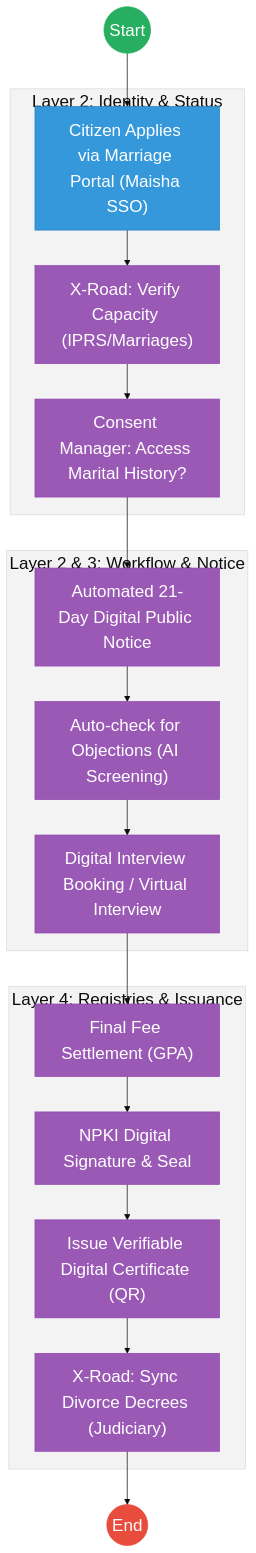
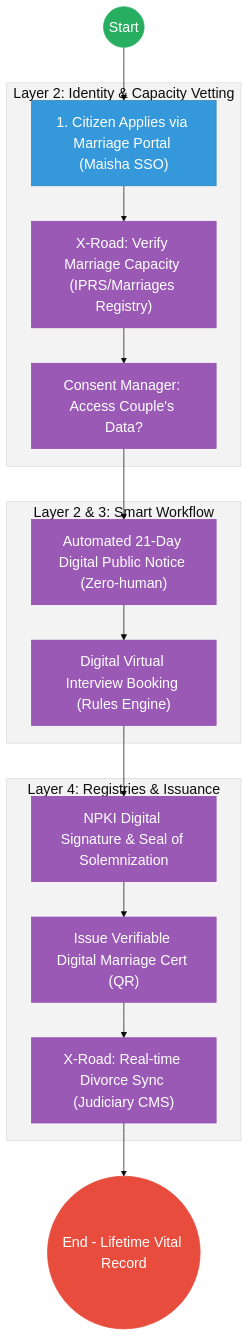
One commit to BITZ-IT-Consulting-LTD/ictapoc changed the second of 2 diagrams in mdas/docs_final/priority_mdas/OFFICE_OF_THE_ATTORNEY_GENERAL_AG___Service_Delivery.md. Above: the diagram before and after it, drawn with Mermaid. The commit also changed other lines of this file and 37 other files, not shown here.

````diff
--- a/mdas/docs_final/priority_mdas/OFFICE_OF_THE_ATTORNEY_GENERAL_AG___Service_Delivery.md
+++ b/mdas/docs_final/priority_mdas/OFFICE_OF_THE_ATTORNEY_GENERAL_AG___Service_Delivery.md
@@ -129,35 +111,33 @@
 ```mermaid
-%%{init: { 'theme': 'base', 'themeVariables': { 'fontSize': '24px', 'fontFamily': 'Inter, system-ui, sans-serif', 'primaryColor': '#ffffff', 'edgeLabelBackground':'#ffffff', 'tertiaryColor': '#f3f3f3', 'mainBkg': '#ffffff', 'nodeBorder': '#333333' } } }%%
+%%{init: { 'theme': 'base', 'themeVariables': { 'fontSize': '20px', 'fontFamily': 'Inter, system-ui, sans-serif', 'primaryColor': '#ffffff', 'edgeLabelBackground':'#ffffff', 'tertiaryColor': '#f3f3f3', 'mainBkg': '#ffffff', 'nodeBorder': '#333333' } } }%%
 flowchart TD
-    Start((Start)) --> Portal["Citizen Applies via Marriage Portal (Maisha SSO)"]
+    Start((Start)) --> Portal["1. Citizen Applies via Marriage Portal (Maisha SSO)"]
     
-    subgraph Trust_Hub["Layer 2: Identity & Status"]
-        Portal --> Verify["X-Road: Verify Capacity (IPRS/Marriages)"]
-        Verify --> Consent["Consent Manager: Access Marital History?"]
+    subgraph Trust_Hub["Layer 2: Identity & Capacity Vetting"]
+        Portal --> Verify["X-Road: Verify Marriage Capacity (IPRS/Marriages Registry)"]
+        Verify --> Consent["Consent Manager: Access Couple's Data?"]
     end
-    
-    subgraph Operations["Layer 2 & 3: Workflow & Notice"]
-        Consent --> AutoNotice["Automated 21-Day Digital Public Notice"]
-        AutoNotice --> ObjCheck["Auto-check for Objections (AI Screening)"]
-        ObjCheck --> SmartBook["Digital Interview Booking / Virtual Interview"]
+
+    subgraph Operations["Layer 2 & 3: Smart Workflow"]
+        Consent --> AutoNotice["Automated 21-Day Digital Public Notice (Zero-human)"]
+        AutoNotice --> SmartBook["Digital Virtual Interview Booking (Rules Engine)"]
     end
-    
+
     subgraph Settlement["Layer 4: Registries & Issuance"]
-        SmartBook --> GPA["Final Fee Settlement (GPA)"]
-        GPA --> Sign["NPKI Digital Signature & Seal"]
-        Sign --> Wallet["Issue Verifiable Digital Certificate (QR)"]
-        Wallet --> DivorceSync["X-Road: Sync Divorce Decrees (Judiciary)"]
+        SmartBook --> Sign["NPKI Digital Signature & Seal of Solemnization"]
+        Sign --> Wallet["Issue Verifiable Digital Marriage Cert (QR)"]
+        Wallet --> DivorceSync["X-Road: Real-time Divorce Sync (Judiciary CMS)"]
     end
-    
-    DivorceSync --> End((End))
 
-    classDef start fill:#27ae60,stroke:#27ae60,color:#fff,font-size:24px;;
-    classDef endNode fill:#e74c3c,stroke:#e74c3c,color:#fff,font-size:24px;;
-    classDef userTask fill:#3498db,stroke:#2980b9,color:#fff,font-size:24px;;
-    classDef serviceTask fill:#9b59b6,stroke:#8e44ad,color:#fff,font-size:24px;;
+    DivorceSync --> EndProcess(("End - Lifetime Vital Record"))
+
+    classDef start fill:#27ae60,stroke:#27ae60,color:#fff,font-size:20px;;
+    classDef endNode fill:#e74c3c,stroke:#e74c3c,color:#fff,font-size:20px;;
+    classDef userTask fill:#3498db,stroke:#2980b9,color:#fff,font-size:20px;;
+    classDef serviceTask fill:#9b59b6,stroke:#8e44ad,color:#fff,font-size:20px;;
     
     class Start start;
-    class End endNode;
+    class EndProcess endNode;
     class Portal userTask;
-    class Verify,Consent,AutoNotice,ObjCheck,SmartBook,GPA,Sign,Wallet,DivorceSync serviceTask;
+    class Verify,Consent,AutoNotice,SmartBook,Sign,Wallet,DivorceSync serviceTask;
 ```
````
